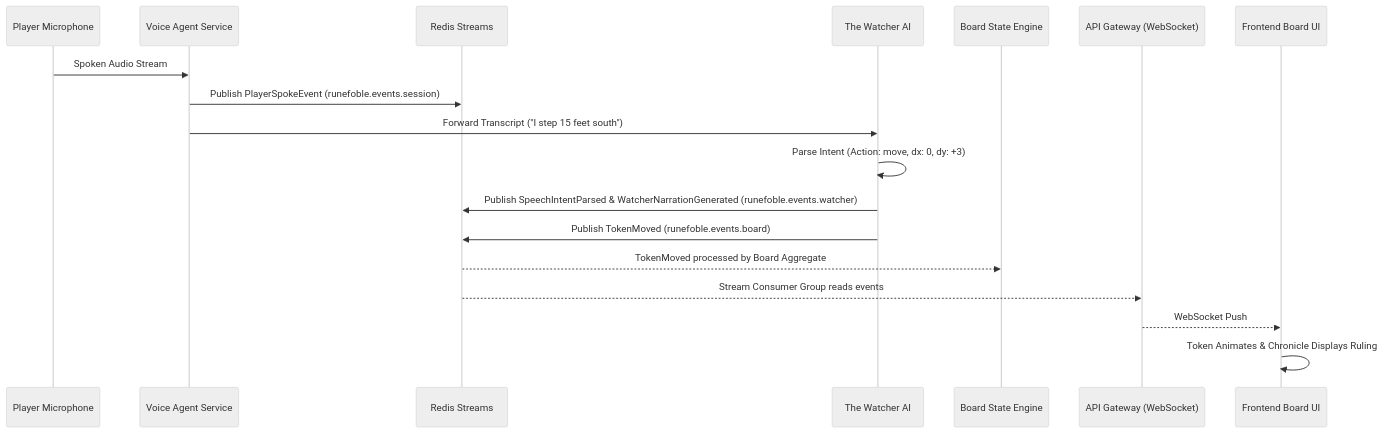
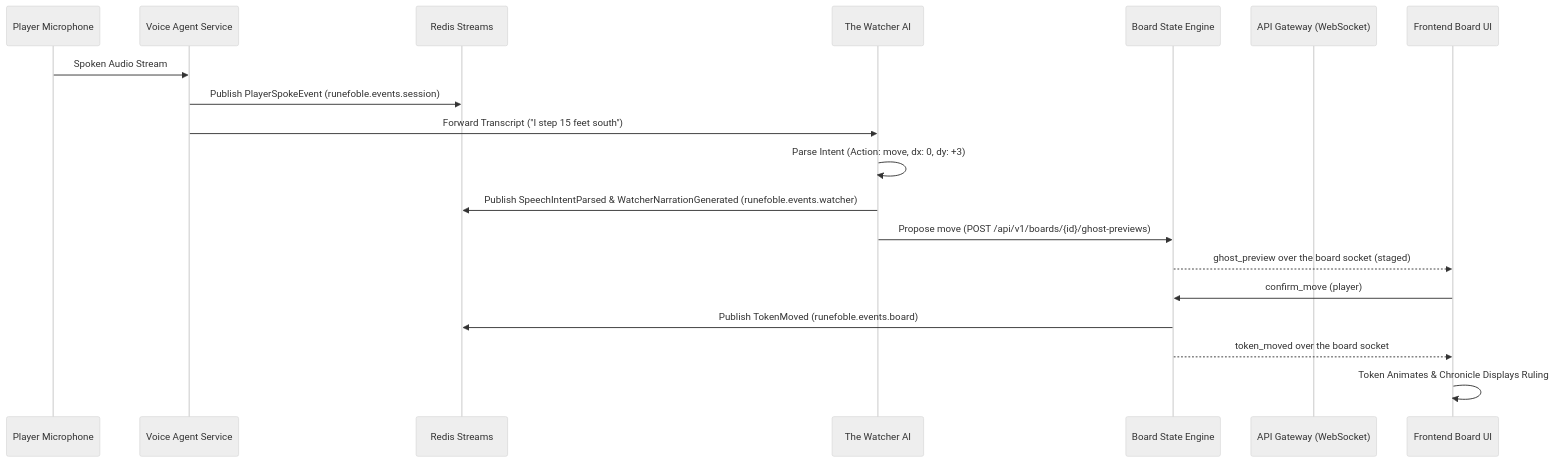
The first of 2 diagrams in docs/explanation/realtime-voice-and-board-sync.md (tyevans/runefoble), drawn with Mermaid (neutral theme) before and after one commit. The commit also changed other lines of this file and 4 other files, not shown here.

First line of the commit message:
docs(task-0814): spoken moves are proposals until player confirm

````diff
--- a/docs/explanation/realtime-voice-and-board-sync.md
+++ b/docs/explanation/realtime-voice-and-board-sync.md
@@ -12,21 +12,22 @@
 ```mermaid
 sequenceDiagram
     participant Player as Player Microphone
     participant VoiceAgent as Voice Agent Service
     participant Redis as Redis Streams
     participant Watcher as The Watcher AI
     participant Board as Board State Engine
     participant Gateway as API Gateway (WebSocket)
     participant Client as Frontend Board UI
 
     Player->>VoiceAgent: Spoken Audio Stream
     VoiceAgent->>Redis: Publish PlayerSpokeEvent (runefoble.events.session)
     VoiceAgent->>Watcher: Forward Transcript ("I step 15 feet south")
     Watcher->>Watcher: Parse Intent (Action: move, dx: 0, dy: +3)
     Watcher->>Redis: Publish SpeechIntentParsed & WatcherNarrationGenerated (runefoble.events.watcher)
-    Watcher->>Redis: Publish TokenMoved (runefoble.events.board)
-    Redis-->>Board: TokenMoved processed by Board Aggregate
-    Redis-->>Gateway: Stream Consumer Group reads events
-    Gateway-->>Client: WebSocket Push
+    Watcher->>Board: Propose move (POST /api/v1/boards/{id}/ghost-previews)
+    Board-->>Client: ghost_preview over the board socket (staged)
+    Client->>Board: confirm_move (player)
+    Board->>Redis: Publish TokenMoved (runefoble.events.board)
+    Board-->>Client: token_moved over the board socket
     Client->>Client: Token Animates & Chronicle Displays Ruling
 ```
````
